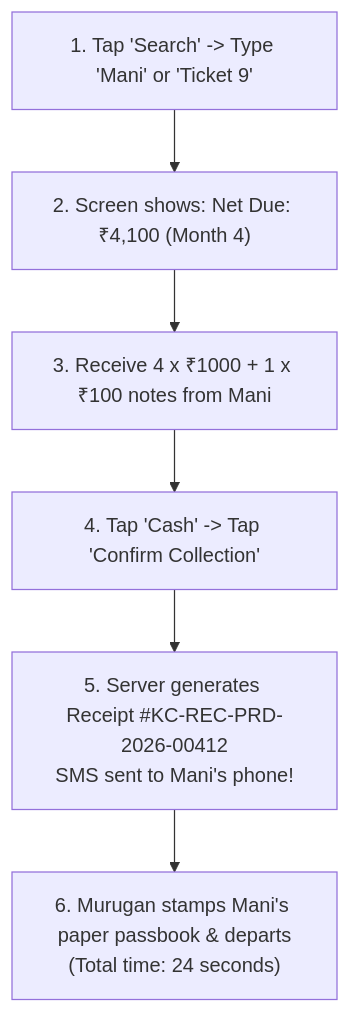
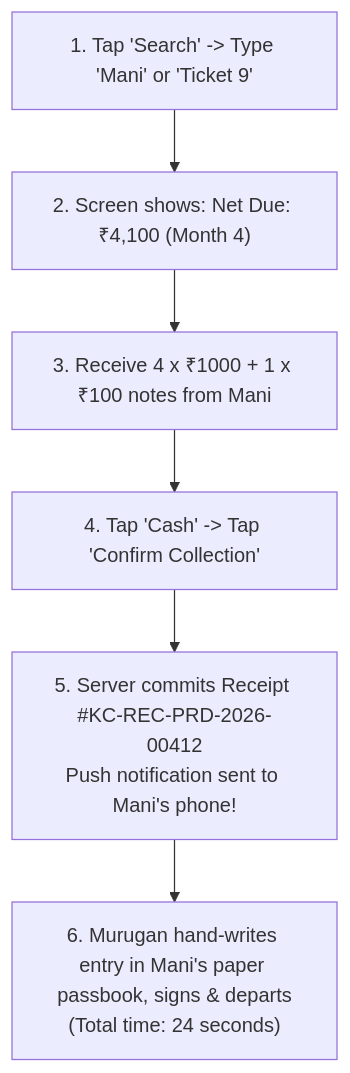
The third of 4 diagrams in docs/02-requirements/educational-guides/persona-3-field-collection-agent.md (Kathir-24/Kumaran-finance), drawn with Mermaid before and after one commit. The commit also changed other lines of this file and 6 other files, not shown here.

Commit message:
docs(notifications): update notification architecture; prioritize in-app mobile push notifications and reserve SMS for OTP and non-smartphone fallback

````diff
--- a/docs/02-requirements/educational-guides/persona-3-field-collection-agent.md
+++ b/docs/02-requirements/educational-guides/persona-3-field-collection-agent.md
@@ -153,8 +153,8 @@
 ```mermaid
 flowchart TD
     S1["1. Tap 'Search' -> Type 'Mani' or 'Ticket 9'"] --> S2["2. Screen shows: Net Due: ₹4,100 (Month 4)"]
     S2 --> S3["3. Receive 4 x ₹1000 + 1 x ₹100 notes from Mani"]
     S3 --> S4["4. Tap 'Cash' -> Tap 'Confirm Collection'"]
-    S4 --> S5["5. Server generates Receipt #KC-REC-PRD-2026-00412\nSMS sent to Mani's phone!"]
-    S5 --> S6["6. Murugan stamps Mani's paper passbook & departs\n(Total time: 24 seconds)"]
+    S4 --> S5["5. Server commits Receipt #KC-REC-PRD-2026-00412\nPush notification sent to Mani's phone!"]
+    S5 --> S6["6. Murugan hand-writes entry in Mani's paper passbook, signs & departs\n(Total time: 24 seconds)"]
 ```
````
